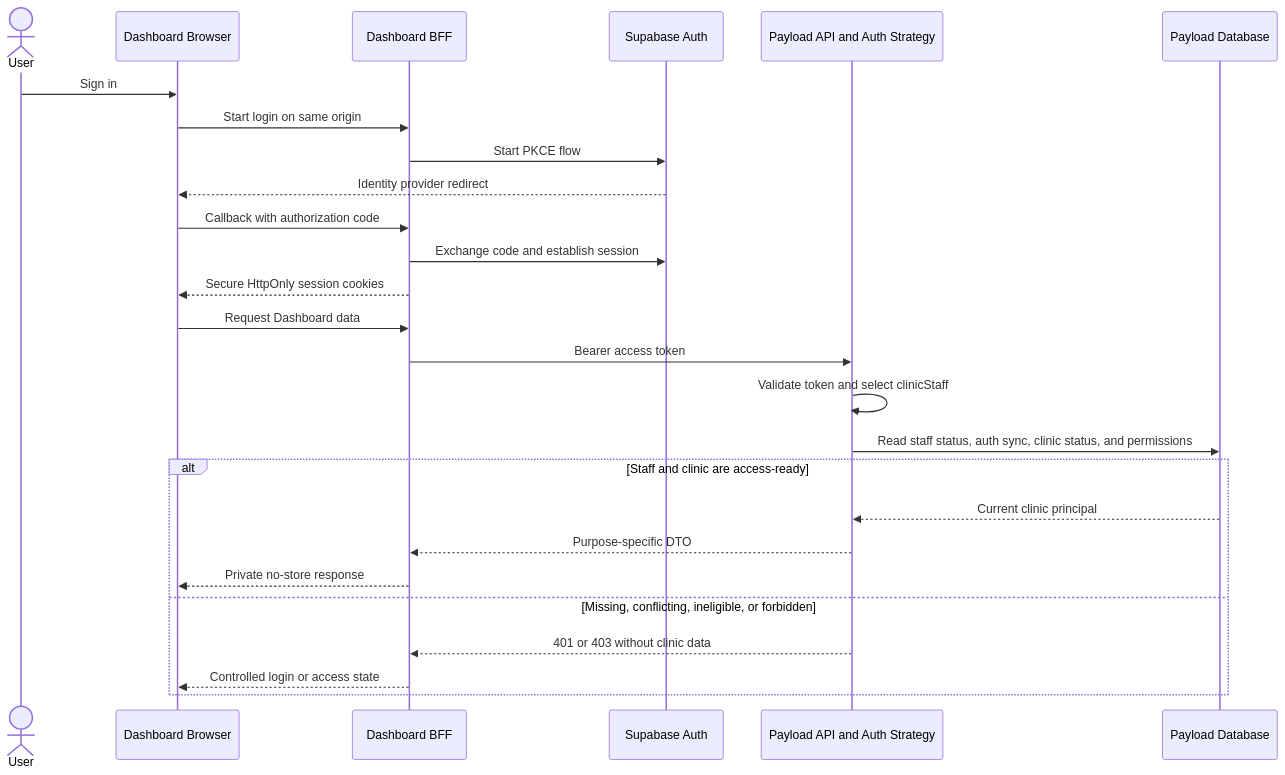
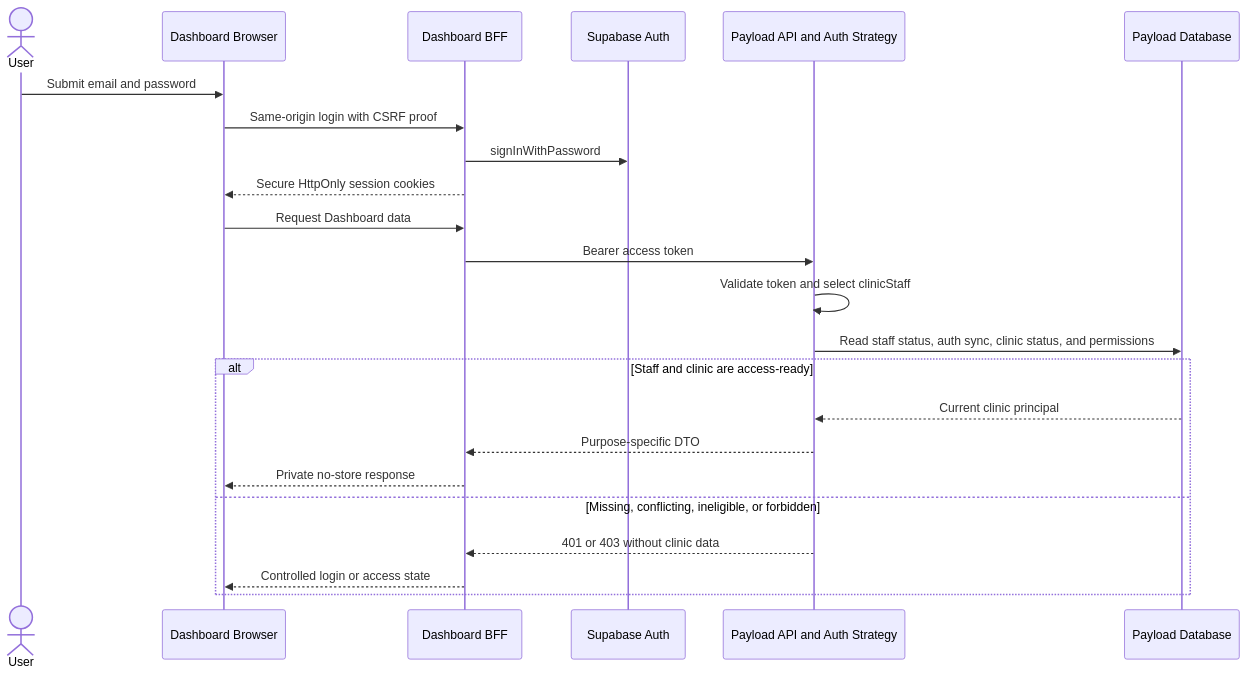
The second of 4 diagrams in docs/security/auth-flow-diagram.md (findmydoc-platform/website), drawn with Mermaid before and after one commit. The commit also changed other lines of this file and 18 other files, not shown here.

````diff
--- a/docs/security/auth-flow-diagram.md
+++ b/docs/security/auth-flow-diagram.md
@@ -33,29 +33,26 @@
 ```mermaid
 sequenceDiagram
     actor User
     participant Browser as Dashboard Browser
     participant BFF as Dashboard BFF
     participant Supabase as Supabase Auth
     participant Payload as Payload API and Auth Strategy
     participant DB as Payload Database
 
-    User->>Browser: Sign in
-    Browser->>BFF: Start login on same origin
-    BFF->>Supabase: Start PKCE flow
-    Supabase-->>Browser: Identity provider redirect
-    Browser->>BFF: Callback with authorization code
-    BFF->>Supabase: Exchange code and establish session
+    User->>Browser: Submit email and password
+    Browser->>BFF: Same-origin login with CSRF proof
+    BFF->>Supabase: signInWithPassword
     BFF-->>Browser: Secure HttpOnly session cookies
     Browser->>BFF: Request Dashboard data
     BFF->>Payload: Bearer access token
     Payload->>Payload: Validate token and select clinicStaff
     Payload->>DB: Read staff status, auth sync, clinic status, and permissions
     alt Staff and clinic are access-ready
         DB-->>Payload: Current clinic principal
         Payload-->>BFF: Purpose-specific DTO
         BFF-->>Browser: Private no-store response
     else Missing, conflicting, ineligible, or forbidden
         Payload-->>BFF: 401 or 403 without clinic data
         BFF-->>Browser: Controlled login or access state
     end
 ```
````
